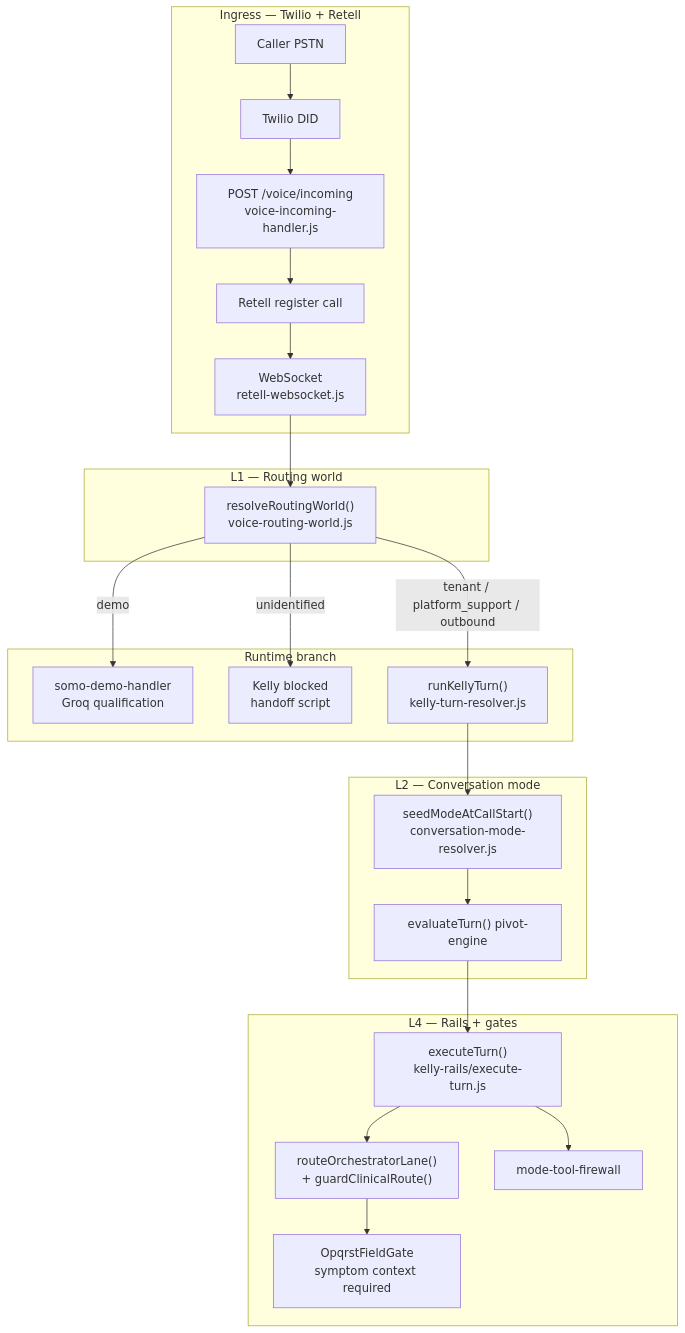
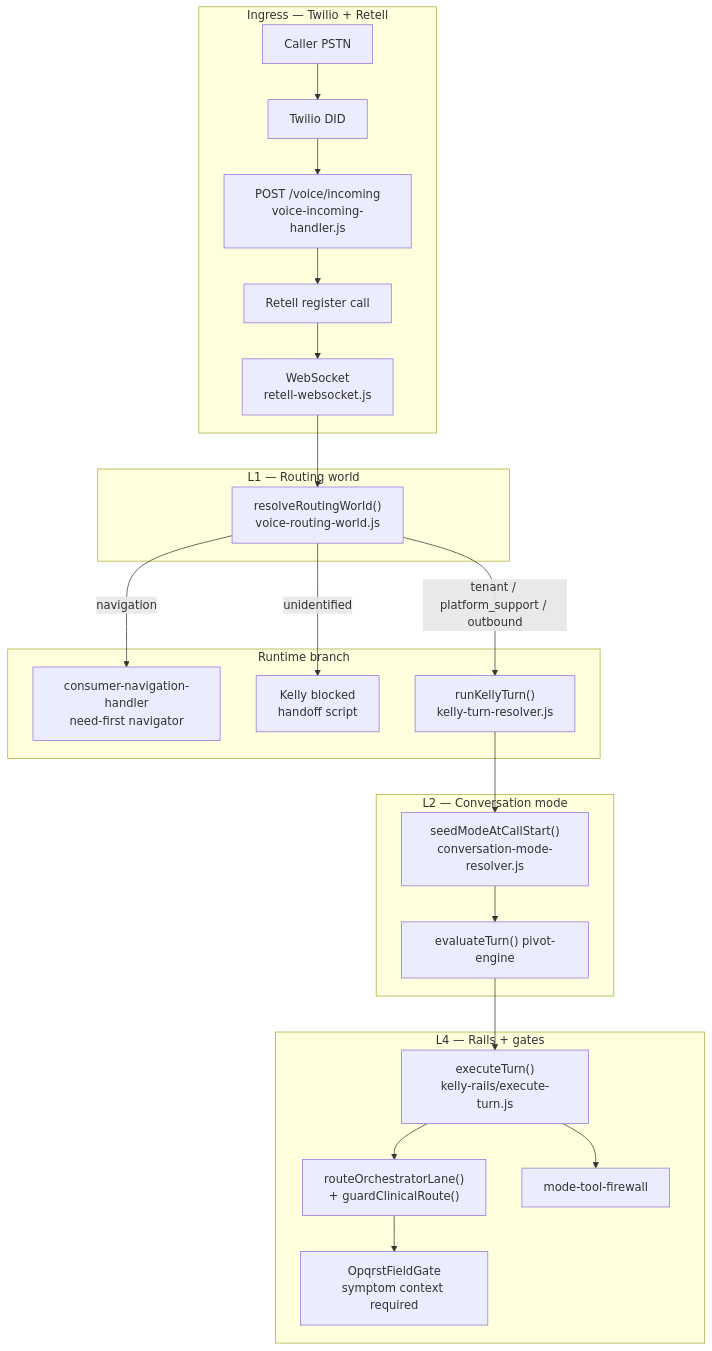
The first of 6 diagrams in docs/voice/VOICE_ROUTING_ARCHITECTURE.md (thetradingdoc/somo-platform), drawn with Mermaid before and after one commit. The commit also changed other lines of this file and 271 other files, not shown here.

First line of the commit message:
feat(navigation): route platform DID to patient navigator; retire somo-demo and somo-landing

````diff
--- a/docs/voice/VOICE_ROUTING_ARCHITECTURE.md
+++ b/docs/voice/VOICE_ROUTING_ARCHITECTURE.md
@@ -15,40 +17,40 @@
 ```mermaid
 flowchart TB
   subgraph ingress [Ingress — Twilio + Retell]
     Caller[Caller PSTN]
     Twilio[Twilio DID]
     VI["POST /voice/incoming<br/>voice-incoming-handler.js"]
     RetellReg[Retell register call]
     WS["WebSocket<br/>retell-websocket.js"]
     Caller --> Twilio --> VI --> RetellReg --> WS
   end
 
   subgraph world [L1 — Routing world]
     RW["resolveRoutingWorld()<br/>voice-routing-world.js"]
     WS --> RW
   end
 
   subgraph branch [Runtime branch]
-    Demo[somo-demo-handler<br/>Groq qualification]
+    Nav[consumer-navigation-handler<br/>need-first navigator]
     KellyBlock[Kelly blocked<br/>handoff script]
     Kelly["runKellyTurn()<br/>kelly-turn-resolver.js"]
-    RW -->|demo| Demo
+    RW -->|navigation| Nav
     RW -->|unidentified| KellyBlock
     RW -->|tenant / platform_support / outbound| Kelly
   end
 
   subgraph l2 [L2 — Conversation mode]
     Seed["seedModeAtCallStart()<br/>conversation-mode-resolver.js"]
     Pivot["evaluateTurn() pivot-engine"]
     Kelly --> Seed --> Pivot
   end
 
   subgraph l4 [L4 — Rails + gates]
     Turn["executeTurn()<br/>kelly-rails/execute-turn.js"]
     Lane["routeOrchestratorLane()<br/>+ guardClinicalRoute()"]
     Gate["OpqrstFieldGate<br/>symptom context required"]
     FW["mode-tool-firewall"]
     Pivot --> Turn --> Lane --> Gate
     Turn --> FW
   end
 ```
````
